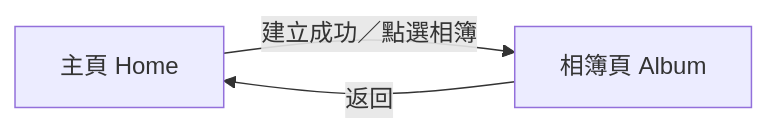
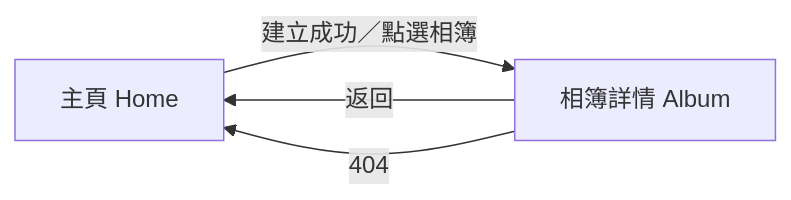
One commit to Waterball-Limited-Company/Jochu-lv1-training-course changed the ninth of 9 diagrams in .agents/skills/ui-plan/templates/ui-plan.example.md. Above: the diagram before and after it, drawn with Mermaid. The commit also changed other lines of this file and 84 other files, not shown here.

````diff
--- a/.agents/skills/ui-plan/templates/ui-plan.example.md
+++ b/.agents/skills/ui-plan/templates/ui-plan.example.md
@@ -175,8 +382,9 @@
 ```mermaid
 flowchart LR
     Home[主頁 Home]
-    Album[相簿頁 Album]
+    Album[相簿詳情 Album]
 
     Home -->|建立成功／點選相簿| Album
     Album -->|返回| Home
+    Album -->|404| Home
 ```
````
